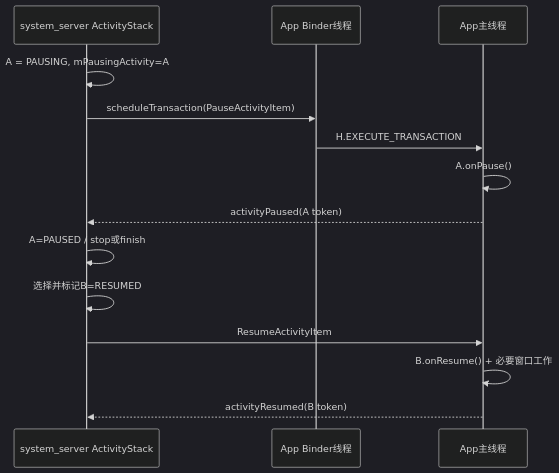
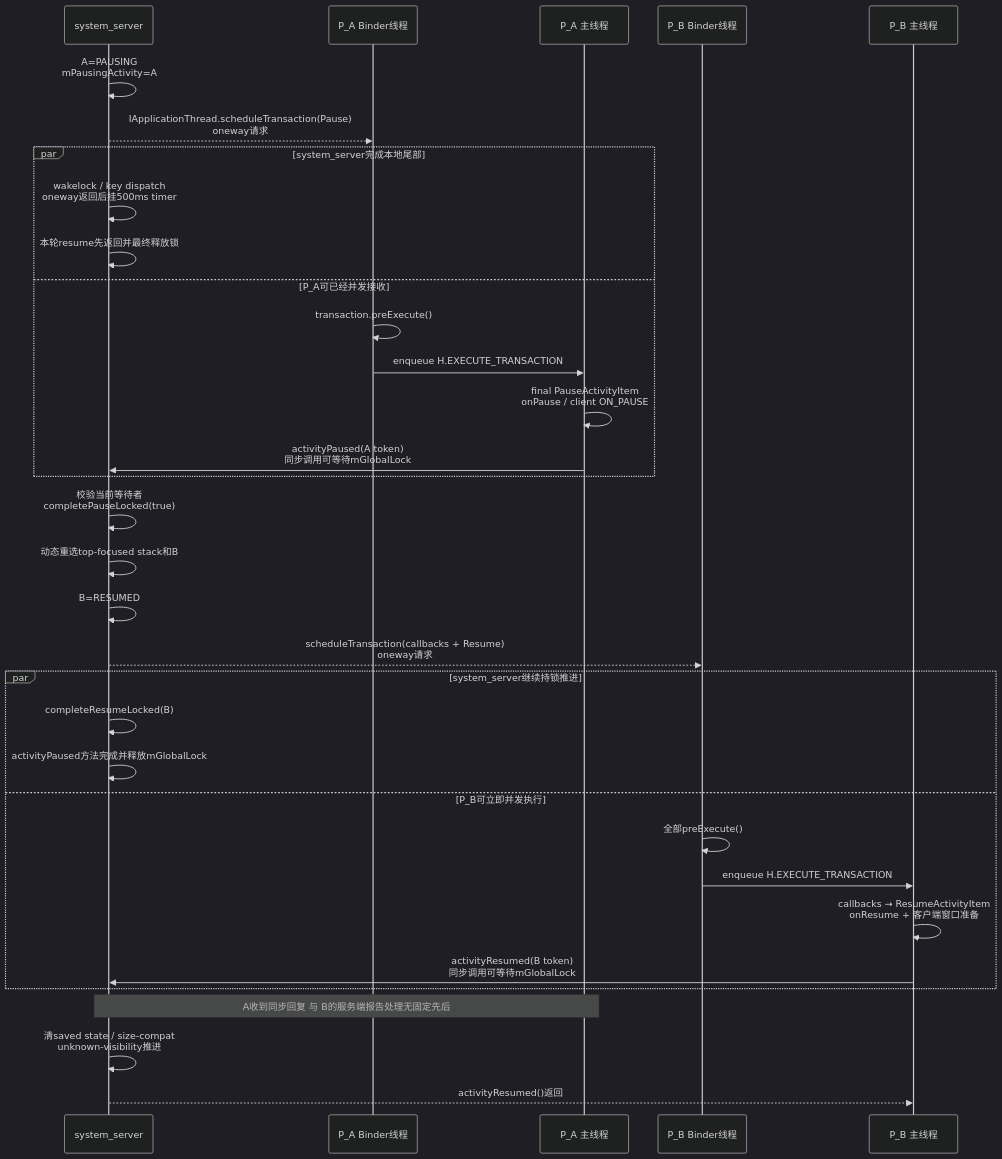
The first of 2 diagrams in Android源码学习/204-AndroidActivityPauseResumeClientTransaction完成回报.md (junyingzhao001/StudyNotes), drawn with Mermaid (dark theme) before and after one commit. The commit also changed other lines of this file and 116 other files, not shown here.

````diff
--- a/Android源码学习/204-AndroidActivityPauseResumeClientTransaction完成回报.md
+++ b/Android源码学习/204-AndroidActivityPauseResumeClientTransaction完成回报.md
@@ -18,16 +81,36 @@
 ```mermaid
 sequenceDiagram
-  participant S as system_server ActivityStack
-  participant B as App Binder线程
-  participant M as App主线程
-  S->>S: A = PAUSING, mPausingActivity=A
-  S->>B: scheduleTransaction(PauseActivityItem)
-  B->>M: H.EXECUTE_TRANSACTION
-  M->>M: A.onPause()
-  M-->>S: activityPaused(A token)
-  S->>S: A=PAUSED / stop或finish
-  S->>S: 选择并标记B=RESUMED
-  S->>M: ResumeActivityItem
-  M->>M: B.onResume() + 必要窗口工作
-  M-->>S: activityResumed(B token)
+    participant S as system_server
+    participant AB as P_A Binder线程
+    participant AM as P_A 主线程
+    participant BB as P_B Binder线程
+    participant BM as P_B 主线程
+
+    S->>S: A=PAUSING<br/>mPausingActivity=A
+    S-->>AB: IApplicationThread.scheduleTransaction(Pause)<br/>oneway请求
+    par system_server完成本地尾部
+        S->>S: wakelock / key dispatch<br/>oneway返回后挂500ms timer
+        S->>S: 本轮resume先返回并最终释放锁
+    and P_A可已经并发接收
+        AB->>AB: transaction.preExecute()
+        AB->>AM: enqueue H.EXECUTE_TRANSACTION
+        AM->>AM: final PauseActivityItem<br/>onPause / client ON_PAUSE
+        AM->>S: activityPaused(A token)<br/>同步调用可等待mGlobalLock
+    end
+    S->>S: 校验当前等待者<br/>completePauseLocked(true)
+    S->>S: 动态重选top-focused stack和B
+    S->>S: B=RESUMED
+    S-->>BB: scheduleTransaction(callbacks + Resume)<br/>oneway请求
+    par system_server继续持锁推进
+        S->>S: completeResumeLocked(B)
+        S->>S: activityPaused方法完成并释放mGlobalLock
+    and P_B可立即并发执行
+        BB->>BB: 全部preExecute()
+        BB->>BM: enqueue H.EXECUTE_TRANSACTION
+        BM->>BM: callbacks → ResumeActivityItem<br/>onResume + 客户端窗口准备
+        BM->>S: activityResumed(B token)<br/>同步调用可等待mGlobalLock
+    end
+    Note over S,AM: A收到同步回复 与 B的服务端报告处理无固定先后
+    S->>S: 清saved state / size-compat<br/>unknown-visibility推进
+    S-->>BM: activityResumed()返回
 ```
````
